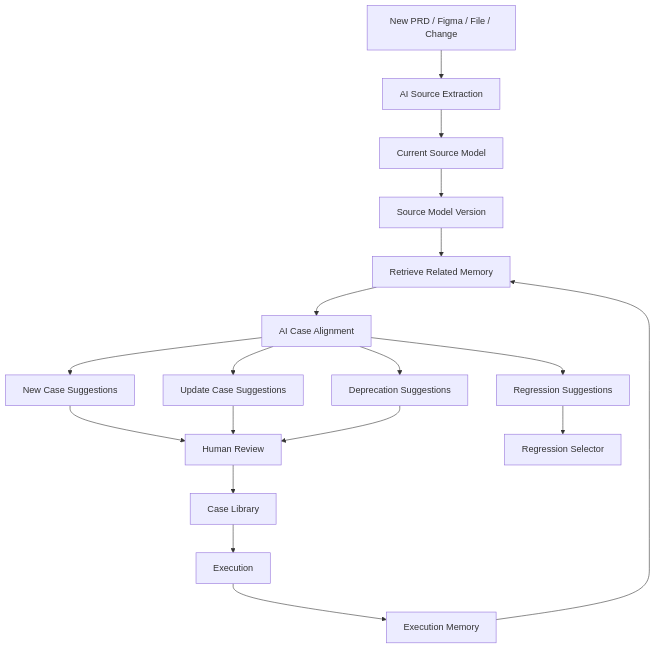
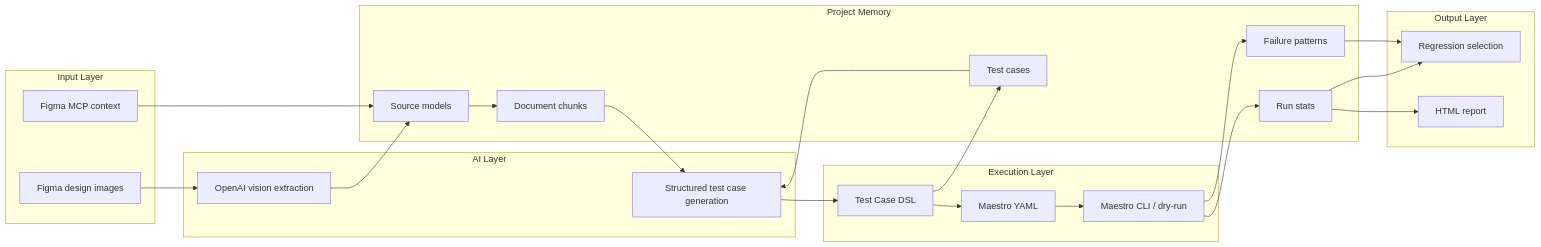
Before and after one commit to Campaignhatsecretin185/ai-design2test: the second of 5 diagrams in DESIGN.md, drawn with Mermaid. The commit also changed other lines of this file and 1 other file, not shown here.

````diff
--- a/DESIGN.md
+++ b/DESIGN.md
@@ -684,20 +45,47 @@
 ```mermaid
-flowchart TD
-  A["New PRD / Figma / File / Change"] --> B["AI Source Extraction"]
-  B --> C["Current Source Model"]
-  C --> D["Source Model Version"]
-  D --> E["Retrieve Related Memory"]
-  E --> F["AI Case Alignment"]
-  F --> G["New Case Suggestions"]
-  F --> H["Update Case Suggestions"]
-  F --> I["Deprecation Suggestions"]
-  F --> J["Regression Suggestions"]
-  G --> K["Human Review"]
-  H --> K
-  I --> K
-  J --> L["Regression Selector"]
-  K --> M["Case Library"]
-  M --> N["Execution"]
-  N --> O["Execution Memory"]
-  O --> E
+flowchart LR
+  subgraph Input["Input Layer"]
+    A["Figma design images"]
+    B["Figma MCP context"]
+  end
+
+  subgraph AI["AI Layer"]
+    C["OpenAI vision extraction"]
+    D["Structured test case generation"]
+  end
+
+  subgraph Memory["Project Memory"]
+    E["Source models"]
+    F["Document chunks"]
+    G["Test cases"]
+    H["Run stats"]
+    I["Failure patterns"]
+  end
+
+  subgraph Execution["Execution Layer"]
+    J["Test Case DSL"]
+    K["Maestro YAML"]
+    L["Maestro CLI / dry-run"]
+  end
+
+  subgraph Output["Output Layer"]
+    M["Regression selection"]
+    N["HTML report"]
+  end
+
+  A --> C
+  B --> E
+  C --> E
+  E --> F
+  F --> D
+  G --> D
+  D --> J
+  J --> G
+  J --> K
+  K --> L
+  L --> H
+  L --> I
+  H --> M
+  I --> M
+  H --> N
 ```
````
